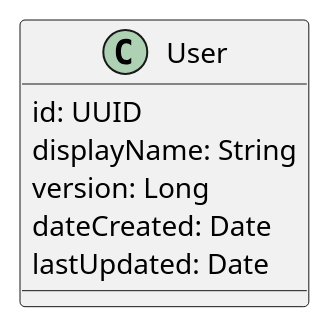
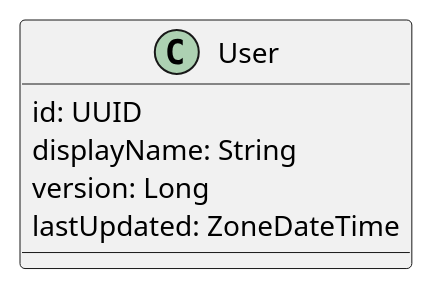
The diagram in docs/specs/user/uml/user.puml (elaastic/ElaastiX), drawn with PlantUML before and after one commit. The commit also changed 5 other files, not shown here.

```diff
--- a/docs/specs/user/uml/user.puml
+++ b/docs/specs/user/uml/user.puml
@@ -1,11 +1,10 @@
 @startuml(id=User)
 'https://plantuml.com/class-diagram
 
 class User {
     id: UUID
     displayName: String
     version: Long
-    dateCreated: Date
-    lastUpdated: Date
+    lastUpdated: ZoneDateTime
 }
 @enduml
```
